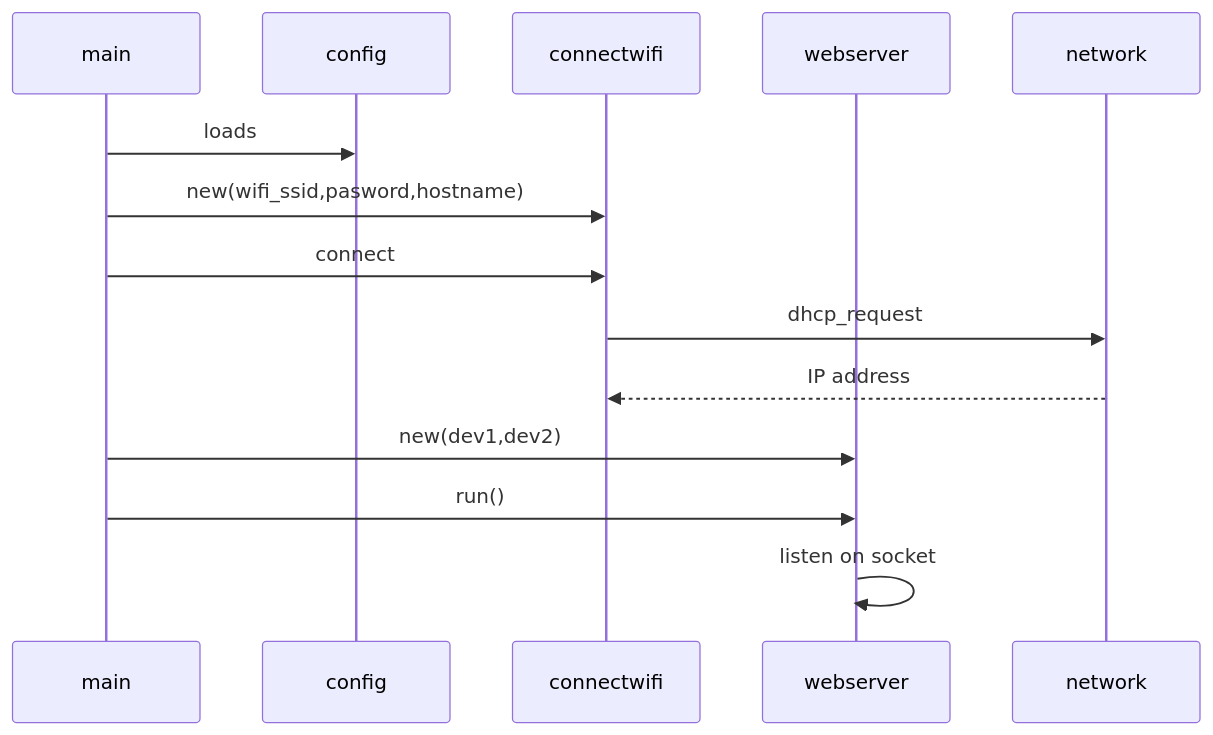
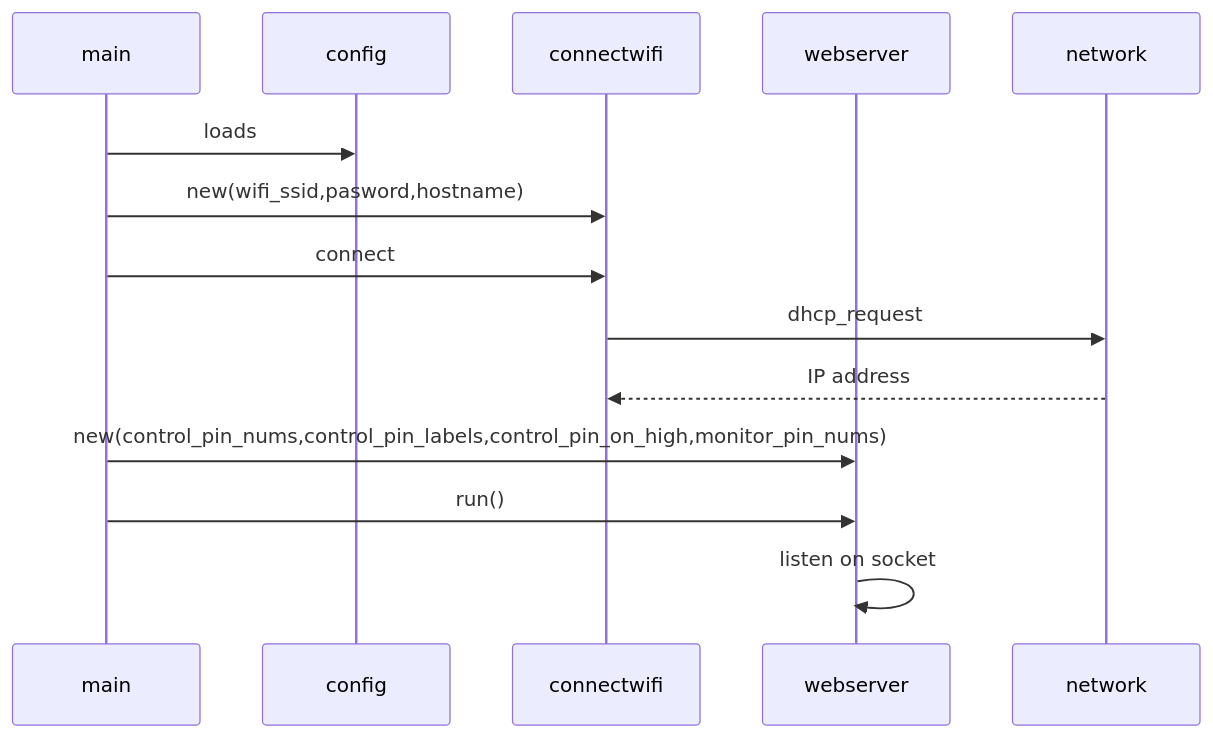
One commit to freemansoft/ESP8266-MicroPython changed the second of 3 diagrams in README.md. Above: the diagram before and after it, drawn with Mermaid. The commit also changed 2 other files, not shown here.

Commit message:
add support for control of arbritary number of output pins

````diff
--- a/README.md
+++ b/README.md
@@ -90,17 +90,17 @@
 ```mermaid
 sequenceDiagram
     participant main
     participant config
     participant connectwifi
     participant webserver
     participant network
 
     main ->> config: loads
     main ->> connectwifi: new(wifi_ssid,pasword,hostname)
     main ->> connectwifi: connect
     connectwifi ->> network: dhcp_request
     network -->> connectwifi: IP address
-    main ->> webserver: new(dev1,dev2)
+    main ->> webserver: new(control_pin_nums,control_pin_labels,control_pin_on_high,monitor_pin_nums)
     main ->> webserver: run()
     webserver ->> webserver: listen on socket
 ```
````
